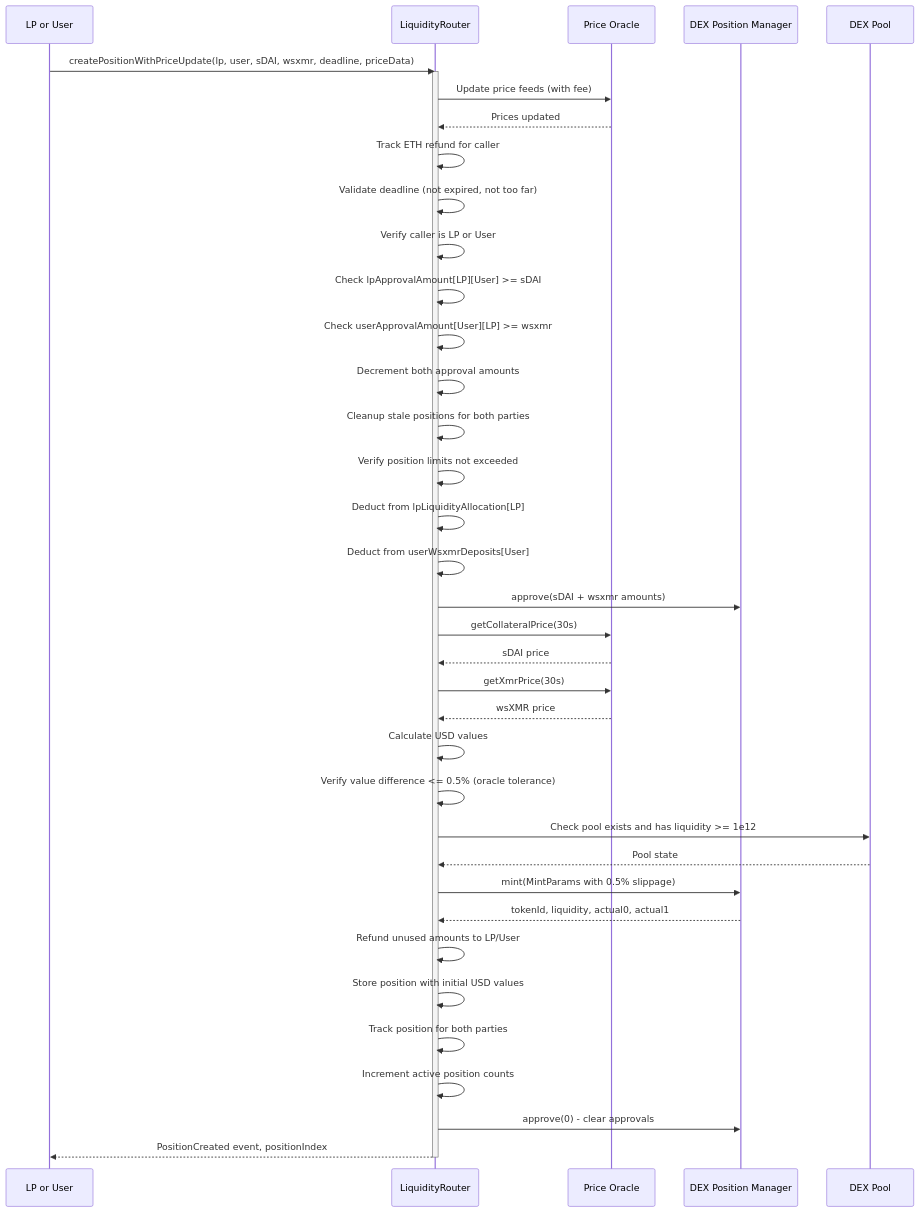
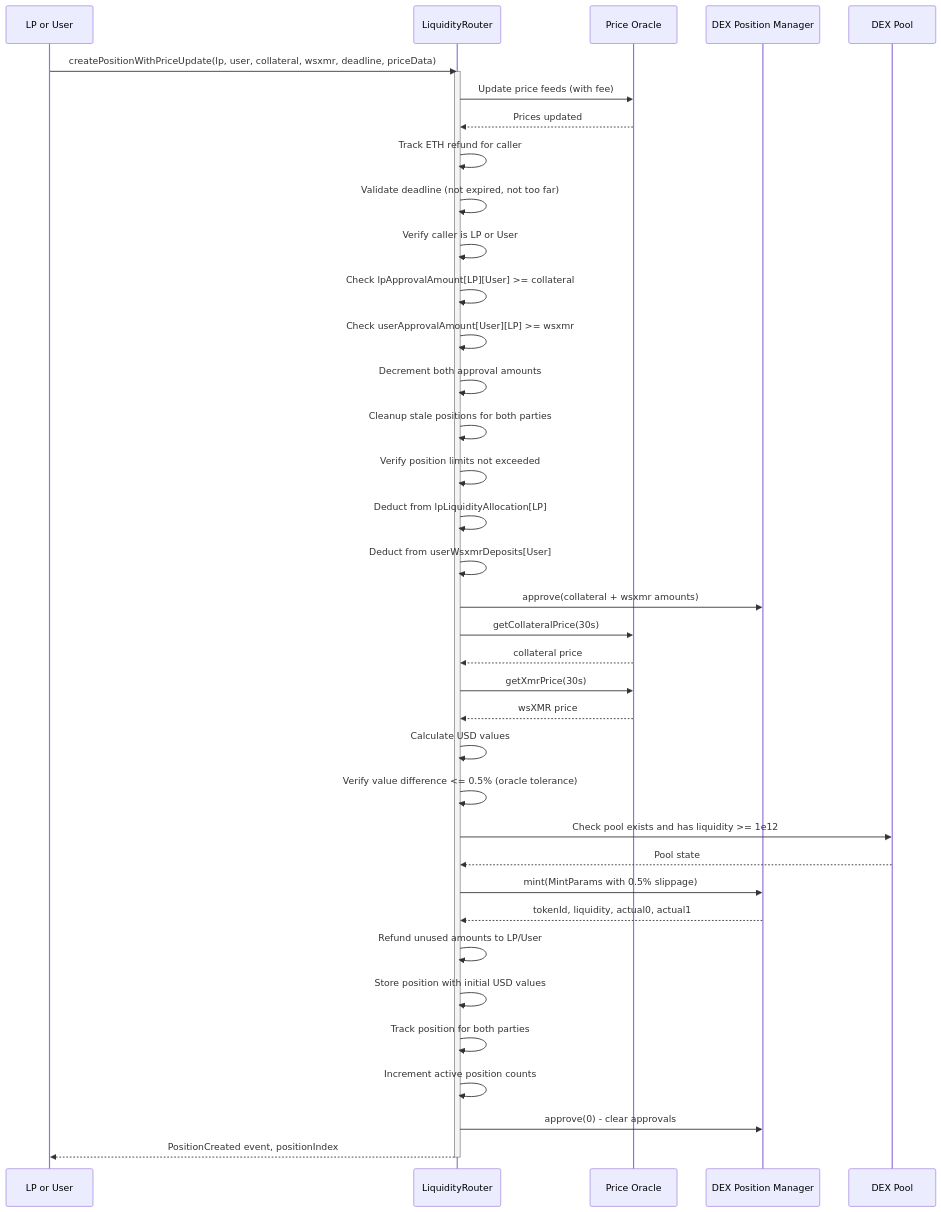
Before and after one commit to madschristensen99/wrapsynth: the sixth of 27 diagrams in docs/sequenceDiagrams.md, drawn with Mermaid. The commit also changed other lines of this file and 1 other file, not shown here.

First line of the commit message:
Fix Mermaid parse errors + generalize docs to chain-agnostic terms

````diff
--- a/docs/sequenceDiagrams.md
+++ b/docs/sequenceDiagrams.md
@@ -232,53 +232,53 @@
 ```mermaid
 sequenceDiagram
     participant Caller as LP or User
     participant Router as LiquidityRouter
     participant Oracle as Price Oracle
     participant DEX as DEX Position Manager
     participant Pool as DEX Pool
 
-    Caller->>Router: createPositionWithPriceUpdate(lp, user, sDAI, wsxmr, deadline, priceData)
+    Caller->>Router: createPositionWithPriceUpdate(lp, user, collateral, wsxmr, deadline, priceData)
     activate Router
     
     Router->>Oracle: Update price feeds (with fee)
     Oracle-->>Router: Prices updated
     Router->>Router: Track ETH refund for caller
     
     Router->>Router: Validate deadline (not expired, not too far)
     Router->>Router: Verify caller is LP or User
     
-    Router->>Router: Check lpApprovalAmount[LP][User] >= sDAI
+    Router->>Router: Check lpApprovalAmount[LP][User] >= collateral
     Router->>Router: Check userApprovalAmount[User][LP] >= wsxmr
     Router->>Router: Decrement both approval amounts
     
     Router->>Router: Cleanup stale positions for both parties
     Router->>Router: Verify position limits not exceeded
     
     Router->>Router: Deduct from lpLiquidityAllocation[LP]
     Router->>Router: Deduct from userWsxmrDeposits[User]
     
-    Router->>DEX: approve(sDAI + wsxmr amounts)
+    Router->>DEX: approve(collateral + wsxmr amounts)
     
     Router->>Oracle: getCollateralPrice(30s)
-    Oracle-->>Router: sDAI price
+    Oracle-->>Router: collateral price
     Router->>Oracle: getXmrPrice(30s)
     Oracle-->>Router: wsXMR price
     
     Router->>Router: Calculate USD values
     Router->>Router: Verify value difference <= 0.5% (oracle tolerance)
     
     Router->>Pool: Check pool exists and has liquidity >= 1e12
     Pool-->>Router: Pool state
     
     Router->>DEX: mint(MintParams with 0.5% slippage)
     DEX-->>Router: tokenId, liquidity, actual0, actual1
     
     Router->>Router: Refund unused amounts to LP/User
     Router->>Router: Store position with initial USD values
     Router->>Router: Track position for both parties
     Router->>Router: Increment active position counts
     
     Router->>DEX: approve(0) - clear approvals
     Router-->>Caller: PositionCreated event, positionIndex
     deactivate Router
 ```
````
